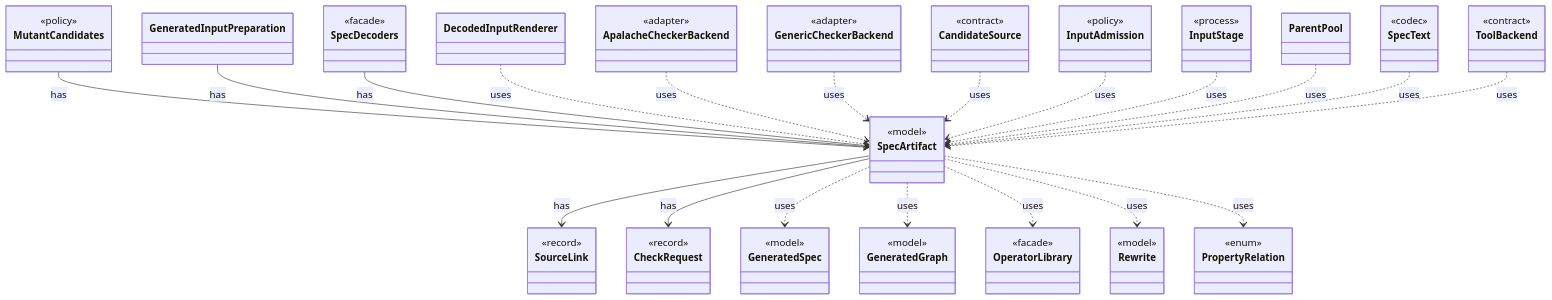
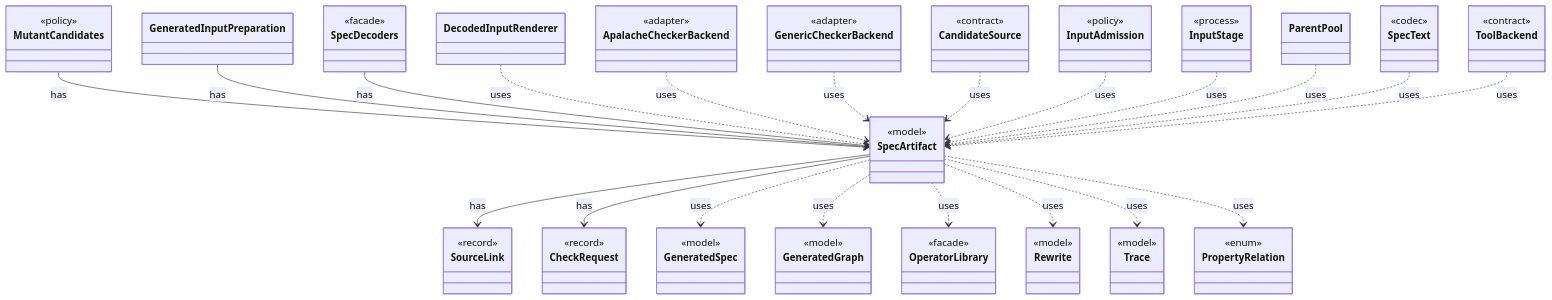
The diagram in dev/types/io.github.tlaplus.hardening.workflow.spec.SpecArtifact.md (tlaplus/model-checker-hardening), drawn with Mermaid before and after one commit. The commit also changed other lines of this file and 454 other files, not shown here.

````diff
--- a/dev/types/io.github.tlaplus.hardening.workflow.spec.SpecArtifact.md
+++ b/dev/types/io.github.tlaplus.hardening.workflow.spec.SpecArtifact.md
@@ -9,76 +9,80 @@
 ```mermaid
 classDiagram
   class SpecArtifact {
     <<model>>
   }
   class SourceLink {
     <<record>>
   }
   class CheckRequest {
     <<record>>
   }
   class MutantCandidates {
     <<policy>>
   }
   class GeneratedInputPreparation
   class SpecDecoders {
     <<facade>>
   }
   class GeneratedSpec {
     <<model>>
   }
   class GeneratedGraph {
     <<model>>
   }
   class OperatorLibrary {
     <<facade>>
   }
   class Rewrite {
+    <<model>>
+  }
+  class Trace {
     <<model>>
   }
   class PropertyRelation {
     <<enum>>
   }
   class DecodedInputRenderer
   class ApalacheCheckerBackend {
     <<adapter>>
   }
   class GenericCheckerBackend {
     <<adapter>>
   }
   class CandidateSource {
     <<contract>>
   }
   class InputAdmission {
     <<policy>>
   }
   class InputStage {
     <<process>>
   }
   class ParentPool
   class SpecText {
     <<codec>>
   }
   class ToolBackend {
     <<contract>>
   }
   SpecArtifact --> SourceLink : has
   SpecArtifact --> CheckRequest : has
   MutantCandidates --> SpecArtifact : has
   GeneratedInputPreparation --> SpecArtifact : has
   SpecDecoders --> SpecArtifact : has
   SpecArtifact ..> GeneratedSpec : uses
   SpecArtifact ..> GeneratedGraph : uses
   SpecArtifact ..> OperatorLibrary : uses
   SpecArtifact ..> Rewrite : uses
+  SpecArtifact ..> Trace : uses
   SpecArtifact ..> PropertyRelation : uses
   DecodedInputRenderer ..> SpecArtifact : uses
   ApalacheCheckerBackend ..> SpecArtifact : uses
   GenericCheckerBackend ..> SpecArtifact : uses
   CandidateSource ..> SpecArtifact : uses
   InputAdmission ..> SpecArtifact : uses
   InputStage ..> SpecArtifact : uses
   ParentPool ..> SpecArtifact : uses
   SpecText ..> SpecArtifact : uses
   ToolBackend ..> SpecArtifact : uses
 ```
````
